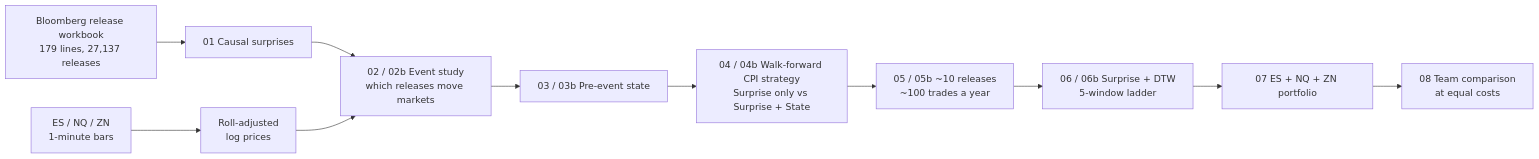
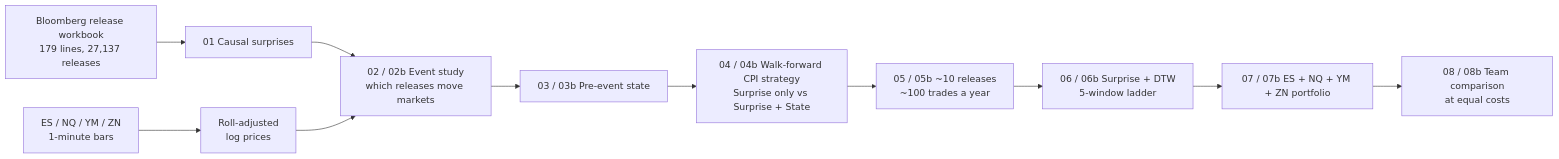
One commit to rezazamani2329/BlackRock-Project-State-Dependent-Intraday-Response-of-S-P-500-Futures-to-Macroeconomic-Surprises changed the first of 2 diagrams in README.md. Above: the diagram before and after it, drawn with Mermaid. The commit also changed other lines of this file and 14 other files, not shown here.

````diff
--- a/README.md
+++ b/README.md
@@ -92,13 +92,13 @@
 ```mermaid
 flowchart LR
     A[Bloomberg release workbook<br/>179 lines, 27,137 releases] --> B[01 Causal surprises]
-    C[ES / NQ / ZN<br/>1-minute bars] --> D[Roll-adjusted<br/>log prices]
+    C[ES / NQ / YM / ZN<br/>1-minute bars] --> D[Roll-adjusted<br/>log prices]
     B --> E[02 / 02b Event study<br/>which releases move markets]
     D --> E
     E --> F[03 / 03b Pre-event state]
     F --> G[04 / 04b Walk-forward CPI strategy<br/>Surprise only vs Surprise + State]
     G --> H[05 / 05b ~10 releases<br/>~100 trades a year]
     H --> I[06 / 06b Surprise + DTW<br/>5-window ladder]
-    I --> J[07 ES + NQ + ZN portfolio]
-    J --> K[08 Team comparison<br/>at equal costs]
+    I --> J[07 / 07b ES + NQ + YM + ZN portfolio]
+    J --> K[08 / 08b Team comparison<br/>at equal costs]
 ```
````
